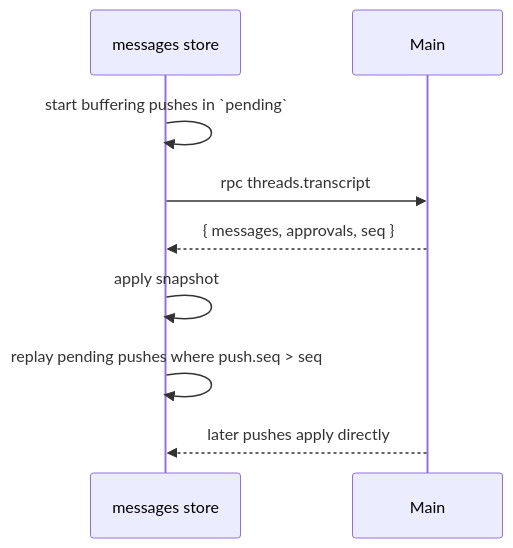
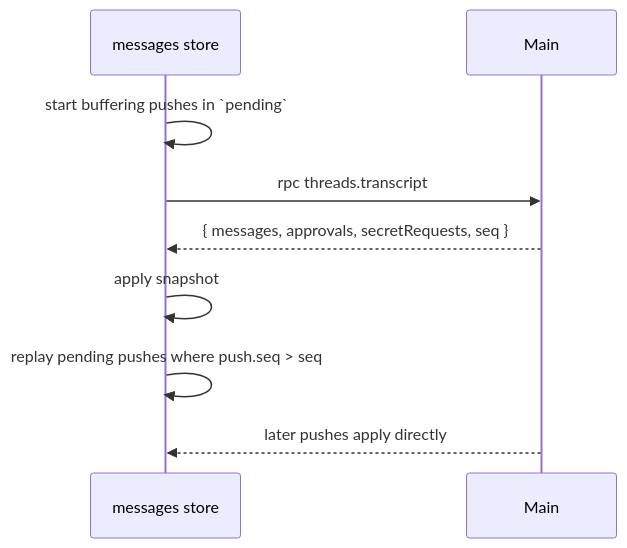
One commit to hinadev-ai/hinacode changed the sixth of 12 diagrams in docs/arch.md. Above: the diagram before and after it, drawn with Mermaid. The commit also changed other lines of this file and 21 other files, not shown here.

````diff
--- a/docs/arch.md
+++ b/docs/arch.md
@@ -170,11 +180,11 @@
 ```mermaid
 sequenceDiagram
   participant S as messages store
   participant M as Main
   S->>S: start buffering pushes in `pending`
   S->>M: rpc threads.transcript
-  M-->>S: { messages, approvals, seq }
+  M-->>S: { messages, approvals, secretRequests, seq }
   S->>S: apply snapshot
   S->>S: replay pending pushes where push.seq > seq
   M-->>S: later pushes apply directly
 ```
````
